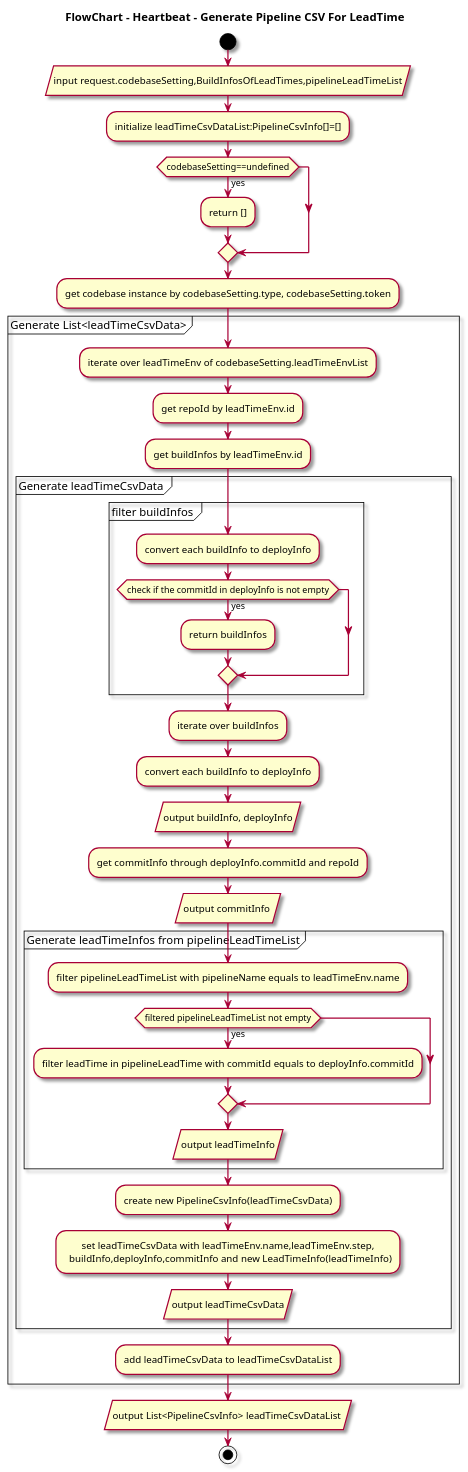
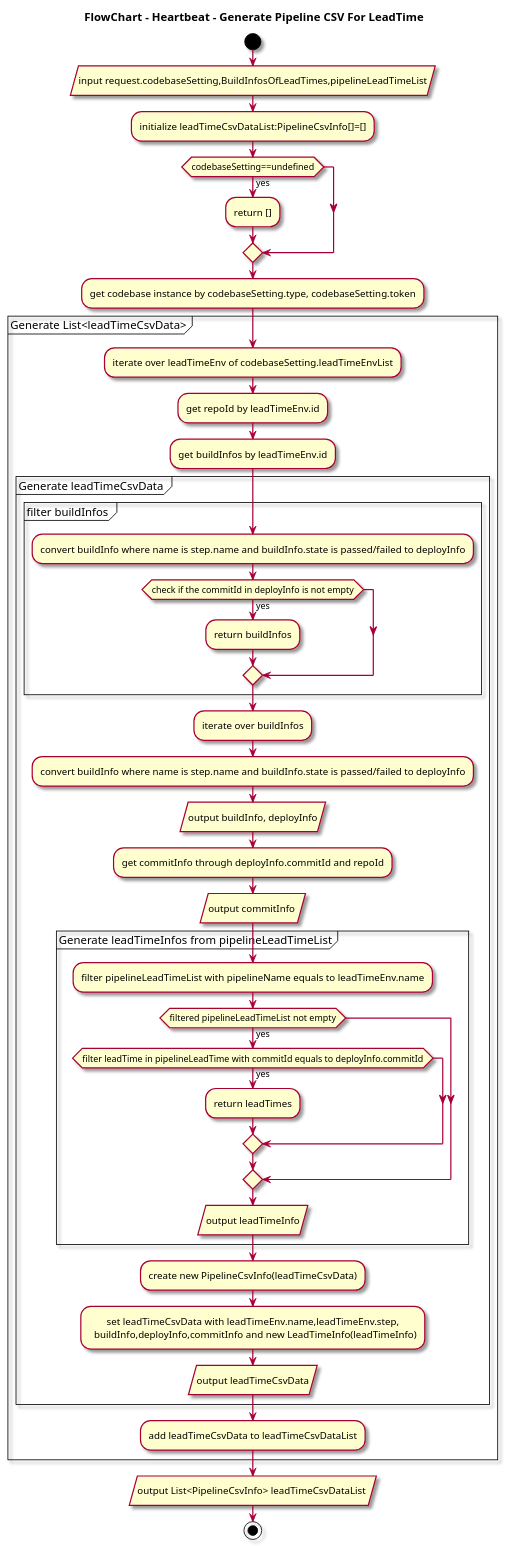
Before and after one commit to thoughtworks/HeartBeat: the seventh of 9 diagrams in docs/src/pages/en/dev-center/flow-diagrams.md, drawn with PlantUML. The commit also changed other lines of this file and 3 other files, not shown here.

First line of the commit message:
ADM-448 [docs] [stub] [infra] Update flow diagram and export csv (#422)

````diff
--- a/docs/src/pages/en/dev-center/flow-diagrams.md
+++ b/docs/src/pages/en/dev-center/flow-diagrams.md
@@ -276,46 +276,48 @@
 ```plantuml
 @startuml Generate Pipeline CSV For LeadTime
 skin rose
 skinparam defaultTextAlignment center
 title FlowChart - Heartbeat - Generate Pipeline CSV For LeadTime
 start
 :input request.codebaseSetting,BuildInfosOfLeadTimes,pipelineLeadTimeList/
   :initialize leadTimeCsvDataList:PipelineCsvInfo[]=[];
   if (codebaseSetting==undefined) then (yes)
     :return [];
   endif
   :get codebase instance by codebaseSetting.type, codebaseSetting.token;
   partition "Generate List<leadTimeCsvData>"{
   :iterate over leadTimeEnv of codebaseSetting.leadTimeEnvList;
     :get repoId by leadTimeEnv.id;
     :get buildInfos by leadTimeEnv.id;
     partition "Generate leadTimeCsvData "{
       partition "filter buildInfos "{
-        :convert each buildInfo to deployInfo;
+        :convert buildInfo where name is step.name and buildInfo.state is passed/failed to deployInfo;
         if(check if the commitId in deployInfo is not empty) then (yes)
           :return buildInfos;
         endif
       }
       :iterate over buildInfos;
-        :convert each buildInfo to deployInfo;
+        :convert buildInfo where name is step.name and buildInfo.state is passed/failed to deployInfo;
         :output buildInfo, deployInfo/
         :get commitInfo through deployInfo.commitId and repoId;
         :output commitInfo /
         partition "Generate leadTimeInfos from pipelineLeadTimeList"{
           :filter pipelineLeadTimeList with pipelineName equals to leadTimeEnv.name;
           if(filtered pipelineLeadTimeList not empty) then (yes)
-            :filter leadTime in pipelineLeadTime with commitId equals to deployInfo.commitId;
+            if(filter leadTime in pipelineLeadTime with commitId equals to deployInfo.commitId) then (yes)
+            :return leadTimes;
+            endif
           endif
           :output leadTimeInfo/
         }
         :create new PipelineCsvInfo(leadTimeCsvData);
           :set leadTimeCsvData with leadTimeEnv.name,leadTimeEnv.step,
             buildInfo,deployInfo,commitInfo and new LeadTimeInfo(leadTimeInfo);
       :output leadTimeCsvData/
     }
     :add leadTimeCsvData to leadTimeCsvDataList;
   }
 :output List<PipelineCsvInfo> leadTimeCsvDataList /
 stop
 @enduml
 ```
````
